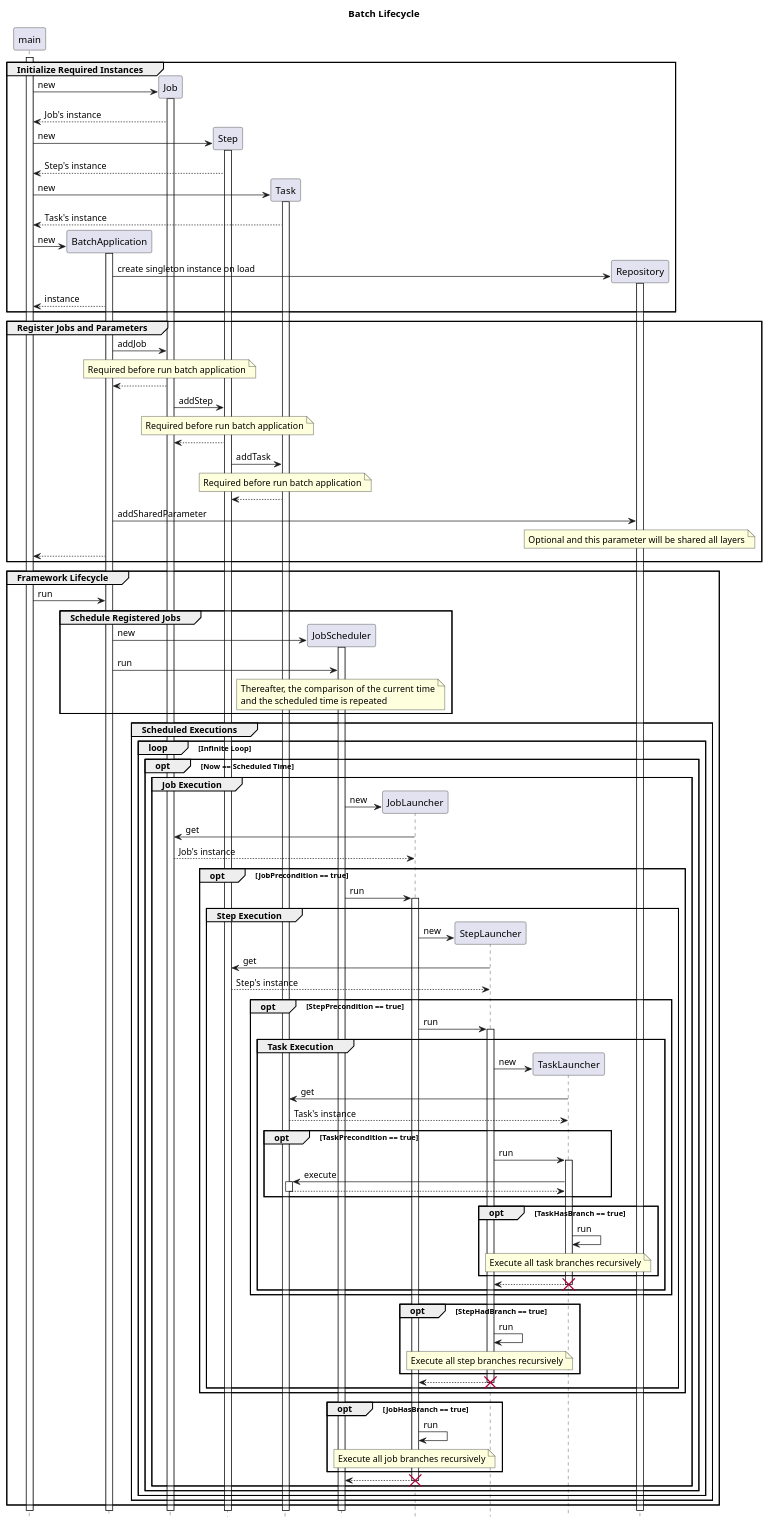
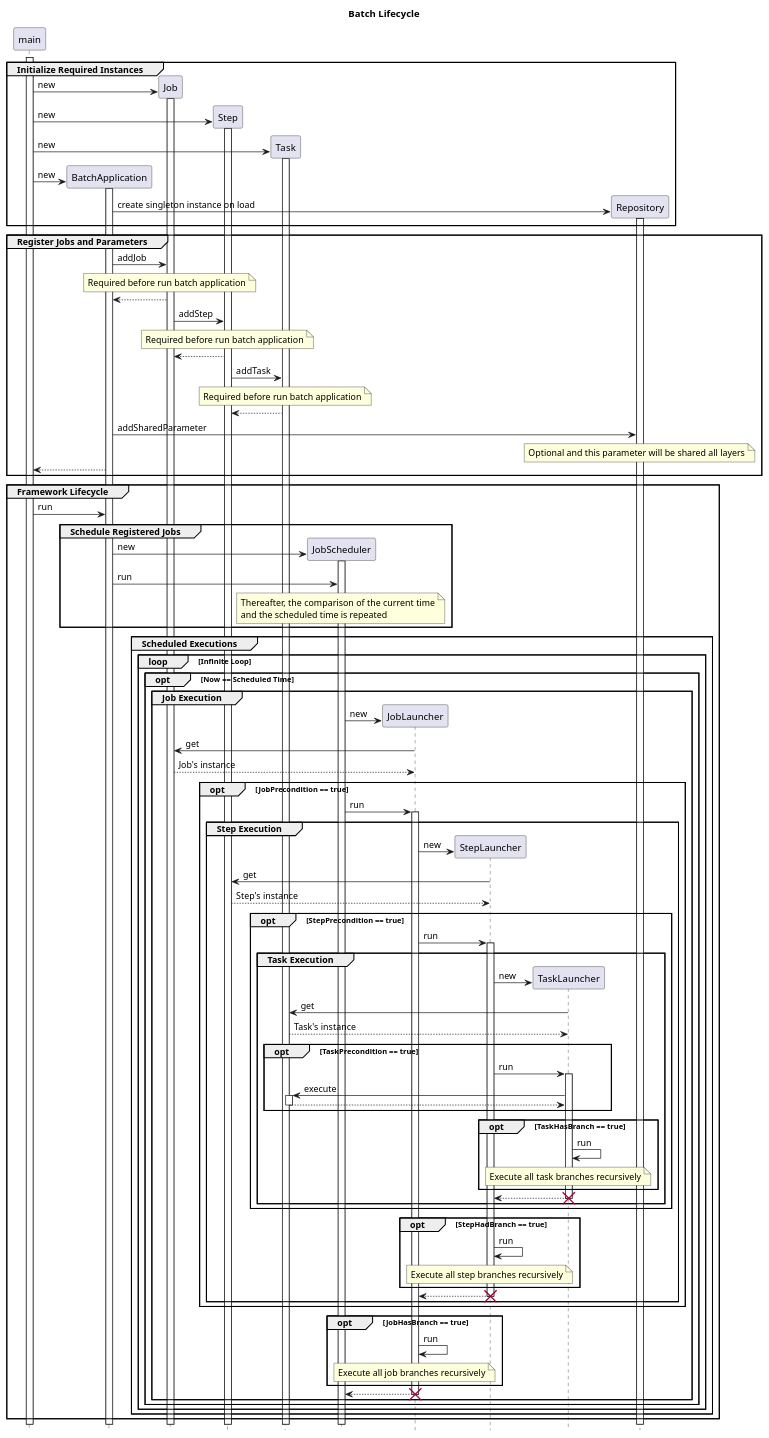
The diagram in design/sequence.pu (runchise/batch.dart), drawn with PlantUML before and after one commit.

```diff
--- a/design/sequence.pu
+++ b/design/sequence.pu
@@ -1,152 +1,147 @@
 @startuml Batch Lifecycle
 title Batch Lifecycle
 
 hide footbox
 participant main
 participant BatchApplication
 participant Job
 participant Step
 participant Task
 participant JobScheduler
 participant JobLauncher
 participant StepLauncher
 participant TaskLauncher
 participant Repository
 
 activate main
 
 group Initialize Required Instances
     create Job
     main -> Job: new
     activate Job
-    main <-- Job: Job's instance
-
     create Step
     main -> Step: new
     activate Step
-    main <-- Step: Step's instance
 
     create Task
     main -> Task: new
     activate Task
-    main <-- Task: Task's instance
 
     create BatchApplication
     main -> BatchApplication: new
     activate BatchApplication
     create Repository
     BatchApplication -> Repository: create singleton instance on load
     activate Repository
-    main <-- BatchApplication: instance
 end
 
 group Register Jobs and Parameters
     BatchApplication -> Job: addJob
     note over Job: Required before run batch application
     BatchApplication <-- Job
 
     Job -> Step: addStep
     note over Step: Required before run batch application
     Job <-- Step
 
     Step -> Task: addTask
     note over Task: Required before run batch application
     Step <-- Task
 
     BatchApplication -> Repository: addSharedParameter
     note over Repository: Optional and this parameter will be shared all layers
 
     main <-- BatchApplication
 end
 
 
 group Framework Lifecycle
     main -> BatchApplication: run
 
     group Schedule Registered Jobs
         create JobScheduler
         BatchApplication -> JobScheduler: new
         activate JobScheduler
 
         BatchApplication -> JobScheduler: run
         note over JobScheduler
             Thereafter, the comparison of the current time
             and the scheduled time is repeated
         end note
     end
 
     group Scheduled Executions
         loop Infinite Loop
             opt Now == Scheduled Time
 
                 group Job Execution
                     create JobLauncher
                     JobScheduler -> JobLauncher: new
                     JobLauncher -> Job: get
                     JobLauncher <-- Job: Job's instance
 
                     opt JobPrecondition == true
                         JobScheduler -> JobLauncher: run
 
                         activate JobLauncher
 
                         group Step Execution
                             create StepLauncher
                             JobLauncher -> StepLauncher: new
                             StepLauncher -> Step: get
                             StepLauncher <-- Step: Step's instance
 
                             opt StepPrecondition == true
                                 JobLauncher -> StepLauncher: run
                                 activate StepLauncher
 
                                 group Task Execution
                                     create TaskLauncher
                                     StepLauncher -> TaskLauncher: new
                                     TaskLauncher -> Task: get
                                     TaskLauncher <-- Task: Task's instance
 
                                     opt TaskPrecondition == true
                                         StepLauncher -> TaskLauncher: run
                                         activate TaskLauncher
                                         TaskLauncher -> Task: execute
                                         activate Task
                                         TaskLauncher <-- Task
                                         deactivate Task
                                     end
 
                                     opt TaskHasBranch == true
                                         TaskLauncher -> TaskLauncher: run
                                         note over TaskLauncher: Execute all task branches recursively
                                     end
                                                                                                        StepLauncher <-- TaskLauncher
                                     deactivate TaskLauncher
                                     destroy TaskLauncher
                                 end
                             end
 
                             opt StepHadBranch == true
                                 StepLauncher -> StepLauncher: run
                                 note over StepLauncher: Execute all step branches recursively
                             end
 
                             JobLauncher <-- StepLauncher
                             deactivate StepLauncher
                             destroy StepLauncher
                         end
                     end
 
                     opt JobHasBranch == true
                         JobLauncher -> JobLauncher: run
                         note over JobLauncher: Execute all job branches recursively
                     end
 
                     JobScheduler <-- JobLauncher
                     deactivate JobLauncher
                     destroy JobLauncher
                 end
             end
         end
     end
 end
 @enduml
```
